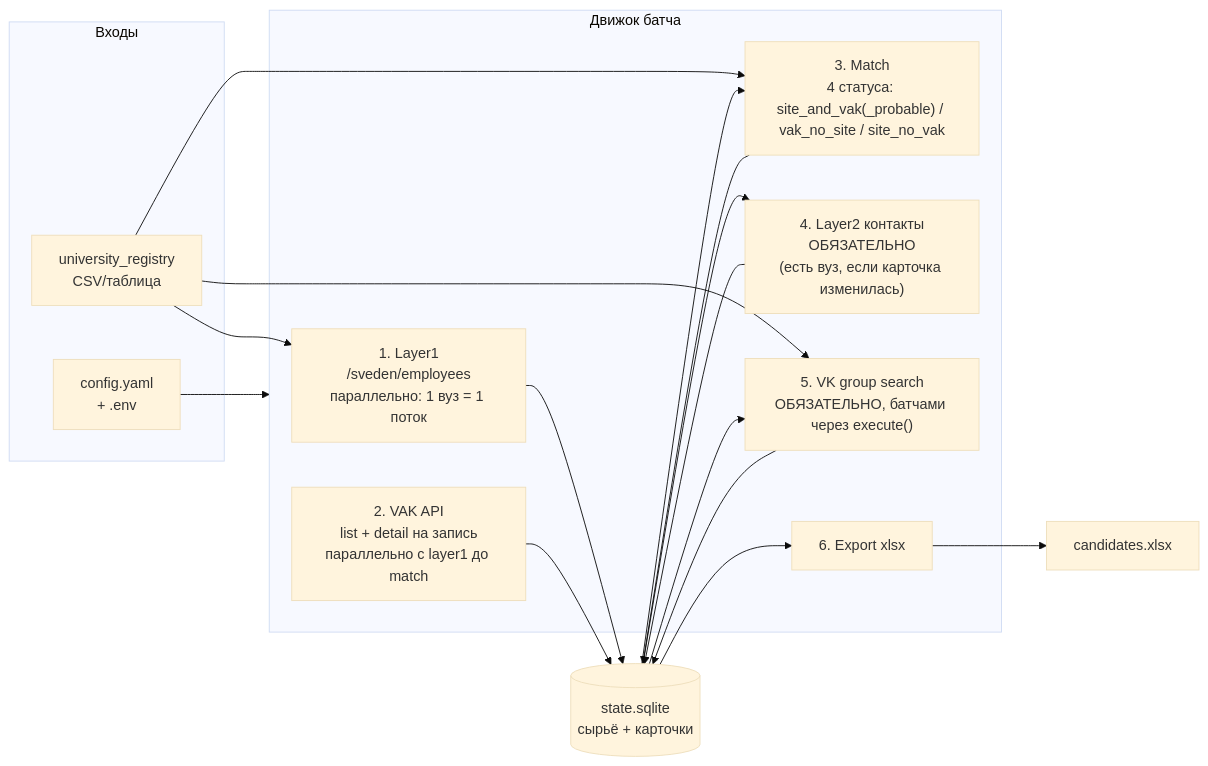
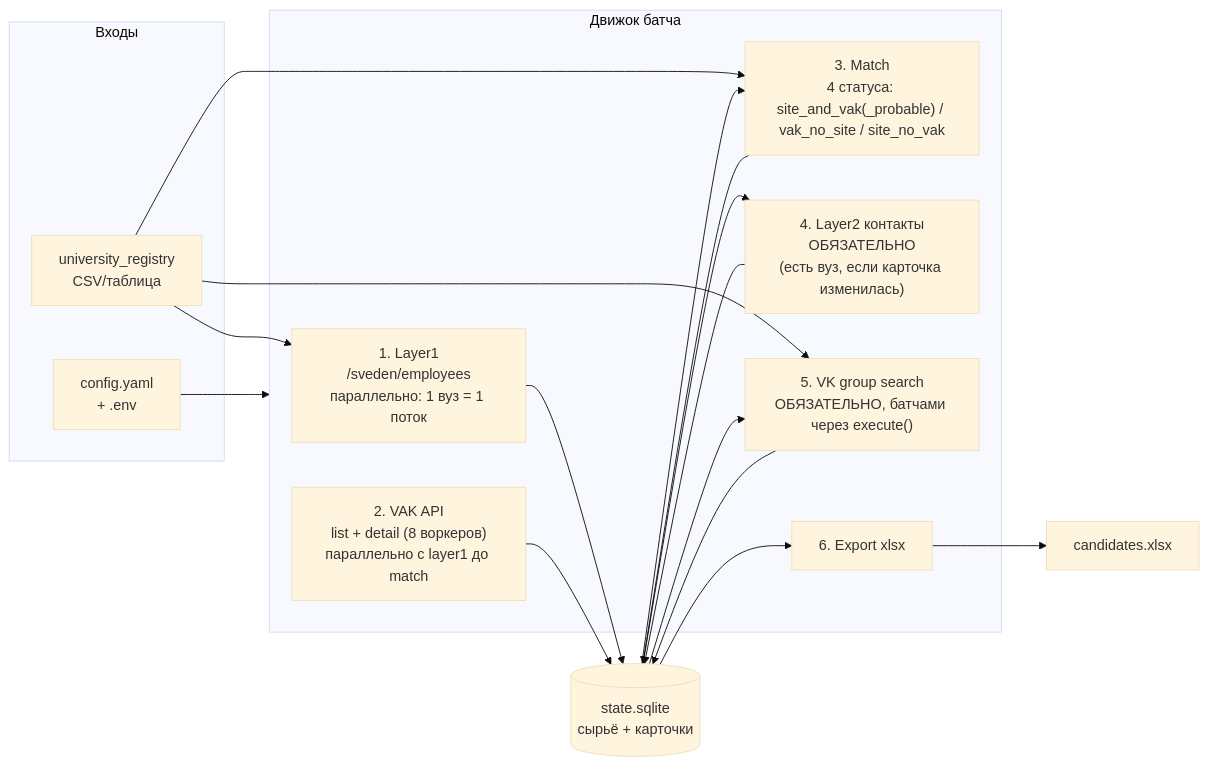
One commit to Bolshevichok/search-for-candidates changed the diagram in research/pipeline/app-architecture.md. Above: the diagram before and after it, drawn with Mermaid (base theme). The commit also changed other lines of this file and 9 other files, not shown here.

````diff
--- a/research/pipeline/app-architecture.md
+++ b/research/pipeline/app-architecture.md
@@ -32,30 +33,30 @@
 ```mermaid
 flowchart LR
     subgraph inputs [Входы]
         cfg["config.yaml\n+ .env"]
         reg["university_registry\nCSV/таблица"]
     end
 
     subgraph engine [Движок батча]
         s1["1. Layer1\n/sveden/employees\nпараллельно: 1 вуз = 1 поток"]
-        s2["2. VAK API\nlist + detail на запись\nпараллельно с layer1 до match"]
+        s2["2. VAK API\nlist + detail (8 воркеров)\nпараллельно с layer1 до match"]
         s3["3. Match\n4 статуса: site_and_vak(_probable) / vak_no_site / site_no_vak"]
         s4["4. Layer2 контакты\nОБЯЗАТЕЛЬНО\n(есть вуз, если карточка изменилась)"]
         s5["5. VK group search\nОБЯЗАТЕЛЬНО, батчами через execute()"]
         s6["6. Export xlsx"]
     end
 
     store[("state.sqlite\nсырьё + карточки")]
     out["candidates.xlsx"]
 
     cfg --> engine
     reg --> s1
     reg --> s3
     reg --> s5
     s1 --> store
     s2 --> store
     store --> s3 --> store
     store --> s4 --> store
     store --> s5 --> store
     store --> s6 --> out
 ```
````
